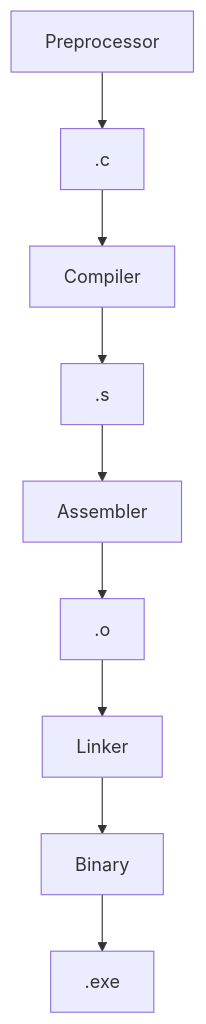
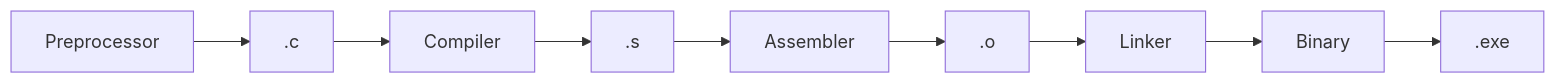
Before and after one commit to liammulhern/CSSE2310: the first of 2 diagrams in notes.md, drawn with Mermaid. The commit also changed other lines of this file, not shown here.

````diff
--- a/notes.md
+++ b/notes.md
@@ -567,11 +568,11 @@
 ``` mermaid 
-flowchart TD;
+flowchart LR;
     A[Preprocessor] --> B[.c];
     B --> C[Compiler];
     C --> D[.s];
     D --> E[Assembler];
     E --> F[.o];
     F --> G[Linker];
     G --> H[Binary];
     H --> I[.exe];
 ```
````
